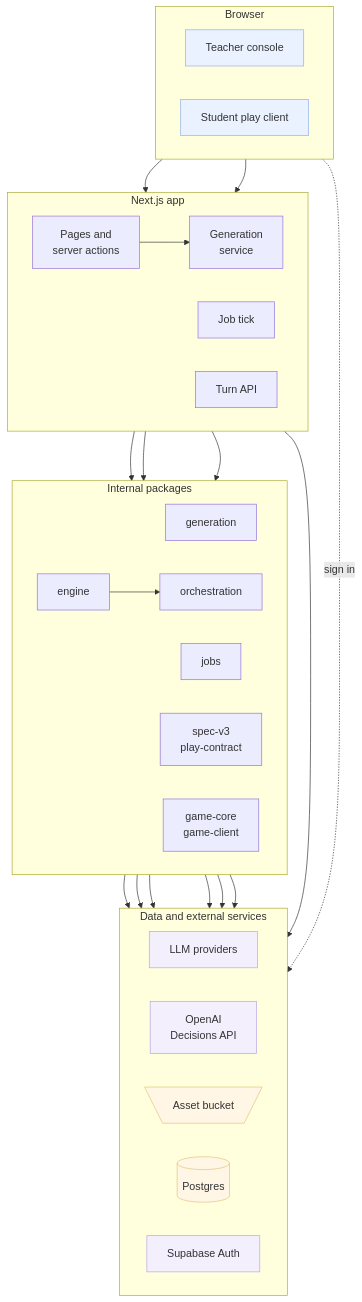
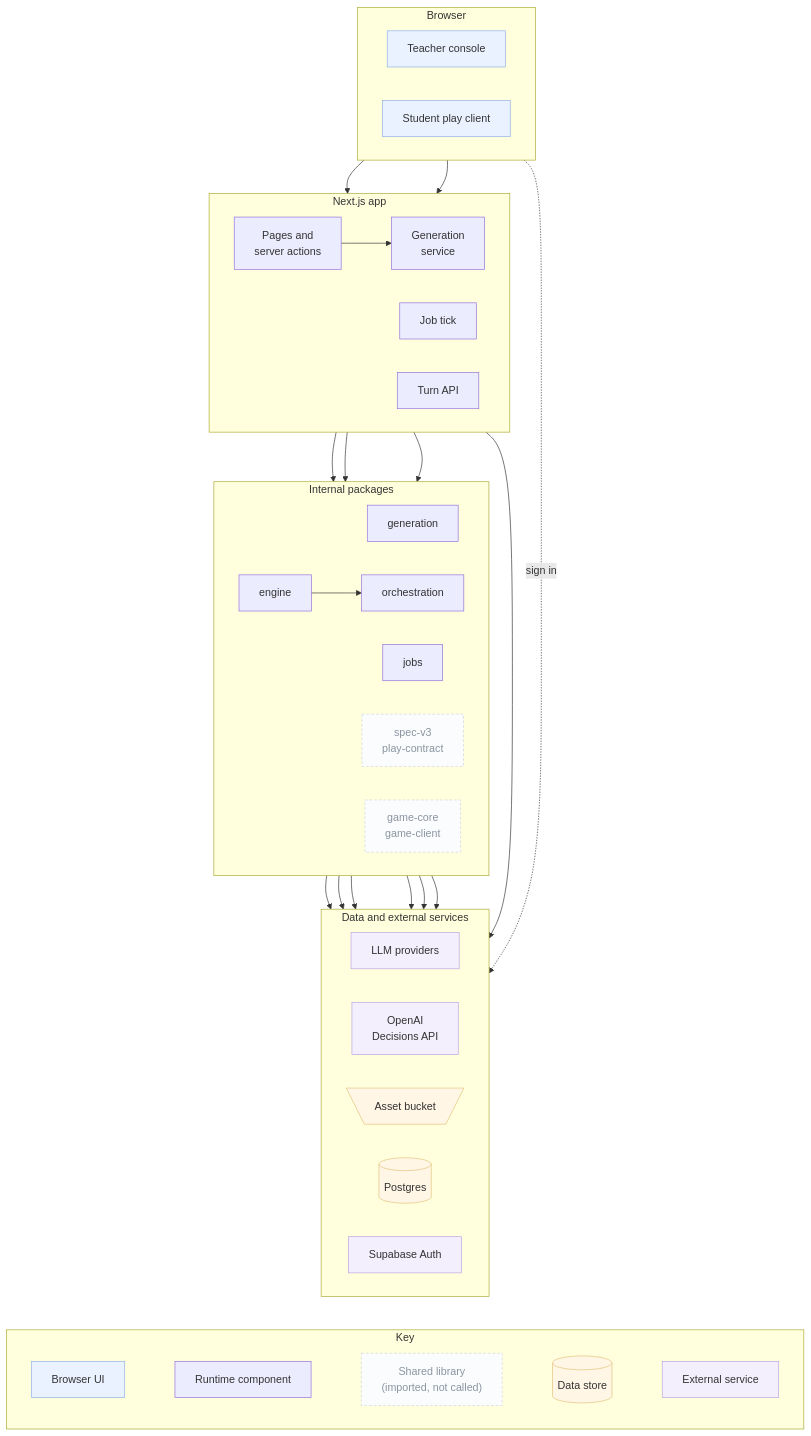
The diagram in docs/diagrams/d1-system-overview.mmd (damiancxliew/CS3216_Assignment3), drawn with Mermaid before and after one commit. The commit also changed 2 other files, not shown here.

Commit message:
docs: fade shared-library packages in D1 and add a key

```diff
--- a/docs/diagrams/d1-system-overview.mmd
+++ b/docs/diagrams/d1-system-overview.mmd
@@ -1,52 +1,60 @@
 %% D1: high-level system architecture. Node notes: NOTES.md
 flowchart TB
   subgraph browser["Browser"]
     direction LR
     T["Teacher console"]
     S["Student play client"]
   end
 
   subgraph web["Next.js app"]
     direction LR
     PAGES["Pages and<br/>server actions"]
     GEN["Generation<br/>service"]
     TICK["Job tick"]
     TURN["Turn API"]
   end
 
   subgraph pkgs["Internal packages"]
     direction LR
     GP["generation"]
     JOBS["jobs"]
     ENG["engine"]
     ORCH["orchestration"]
     SHARED["spec-v3<br/>play-contract"]
     GC["game-core<br/>game-client"]
   end
 
   subgraph infra["Data and external services"]
     direction LR
     LLM["LLM providers"]
     DEC["OpenAI<br/>Decisions API"]
     BKT@{ shape: trap-t, label: "Asset bucket" }
     DB[("Postgres")]
     AUTH["Supabase Auth"]
   end
 
   T --> PAGES
   S --> TURN
   PAGES --> GEN --> JOBS
   TICK --> GP
   TURN --> ENG --> ORCH
   GP --> LLM & DEC & BKT
   ORCH --> LLM & DEC
   JOBS --> DB
   web --> DB
   browser -.->|sign in| AUTH
 
+  subgraph KEY["Key"]
+    direction LR
+    K1["Browser UI"]:::actor ~~~ K2["Runtime component"] ~~~ K3["Shared library<br/>(imported, not called)"]:::lib ~~~ K4[("Data store")]:::store ~~~ K5["External service"]:::ext
+  end
+  infra ~~~ KEY
+
   classDef actor fill:#eaf2ff,stroke:#8fb0e6
   classDef store fill:#fff6e5,stroke:#e3c27a
   classDef ext fill:#f4effd,stroke:#b9a3e3
   class T,S actor
   class DB,BKT store
+  classDef lib fill:#fbfcfd,stroke:#cfd5dc,stroke-dasharray:4 3,color:#8a94a1
   class AUTH,LLM,DEC ext
+  class SHARED,GC lib
```
